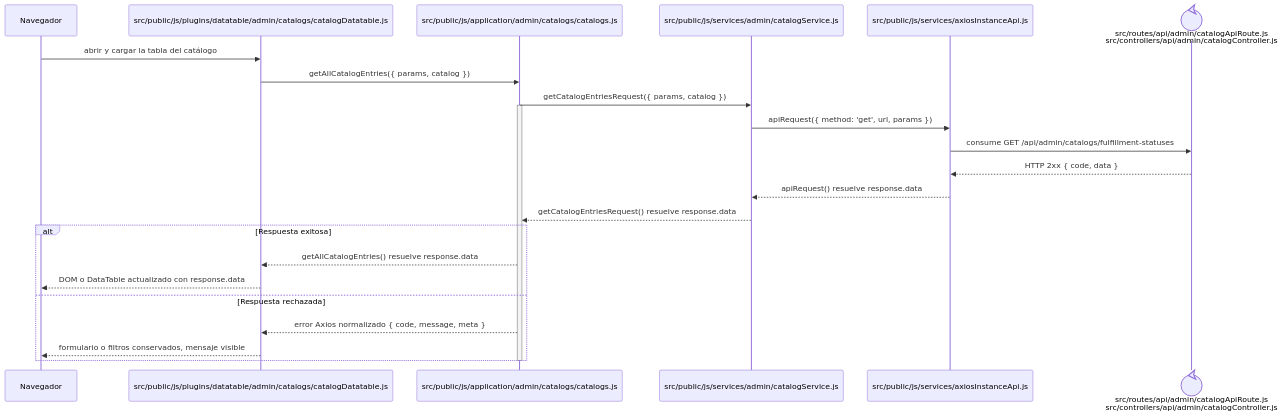
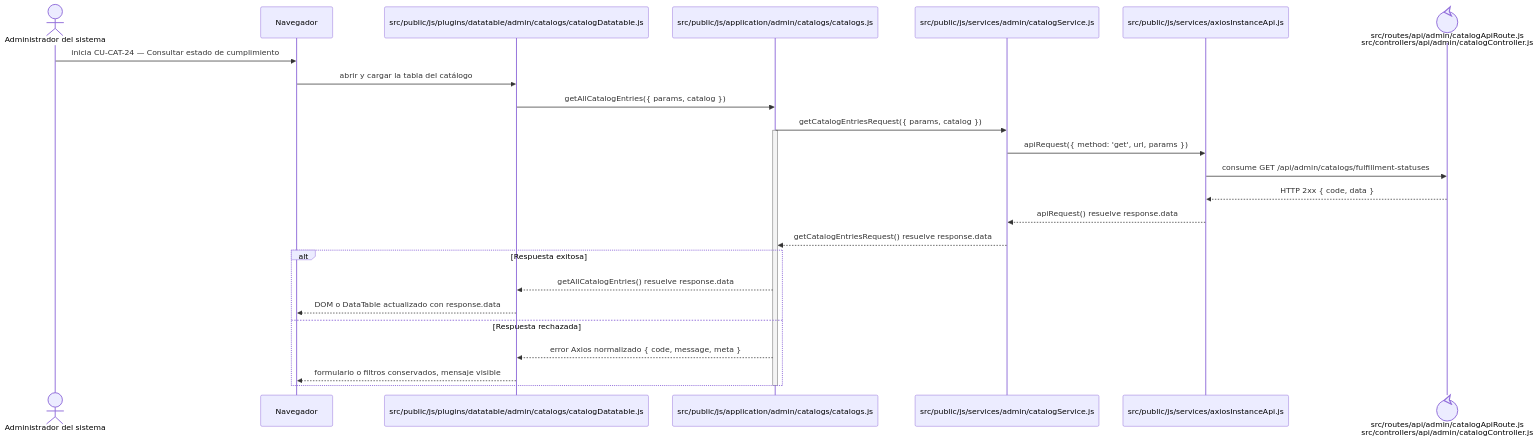
Before and after one commit to gpgsistemas01/nexus: the diagram in docs/architecture/frontend-code-sequences/catalogs/cu-cat-24.md, drawn with Mermaid. The commit also changed 105 other files, not shown here.

````diff
--- a/docs/architecture/frontend-code-sequences/catalogs/cu-cat-24.md
+++ b/docs/architecture/frontend-code-sequences/catalogs/cu-cat-24.md
@@ -6,27 +6,29 @@
 ```mermaid
 sequenceDiagram
+    actor Initiator as Administrador del sistema
     participant Browser as Navegador
     participant View as src/public/js/plugins/datatable/admin/catalogs/catalogDatatable.js
     participant Application as src/public/js/application/admin/catalogs/catalogs.js
     participant Request as src/public/js/services/admin/catalogService.js
     participant HTTP as src/public/js/services/axiosInstanceApi.js
     participant Transport@{ "type": "control" } as src/routes/api/admin/catalogApiRoute.js<br/>src/controllers/api/admin/catalogController.js
 
+    Initiator->>Browser: inicia CU-CAT-24 — Consultar estado de cumplimiento
     Browser->>View: abrir y cargar la tabla del catálogo
     View->>Application: getAllCatalogEntries({ params, catalog })
     Application->>Request: getCatalogEntriesRequest({ params, catalog })
     activate Application
     Request->>HTTP: apiRequest({ method: 'get', url, params })
     HTTP->>Transport: consume GET /api/admin/catalogs/fulfillment-statuses
     Transport-->>HTTP: HTTP 2xx { code, data }
     HTTP-->>Request: apiRequest() resuelve response.data
     Request-->>Application: getCatalogEntriesRequest() resuelve response.data
     alt Respuesta exitosa
         Application-->>View: getAllCatalogEntries() resuelve response.data
         View-->>Browser: DOM o DataTable actualizado con response.data
     else Respuesta rechazada
         Application-->>View: error Axios normalizado { code, message, meta }
         View-->>Browser: formulario o filtros conservados, mensaje visible
     end
     deactivate Application
 ```
````
